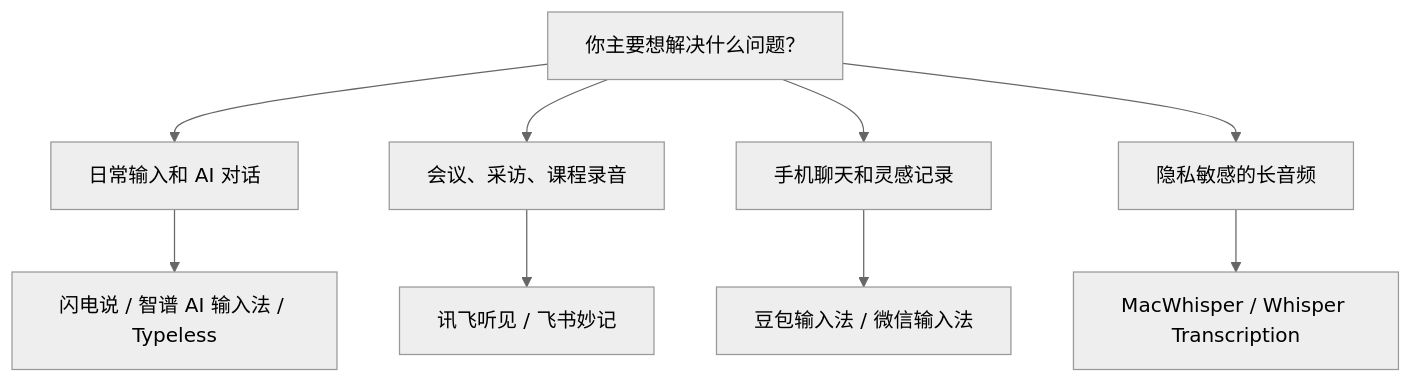
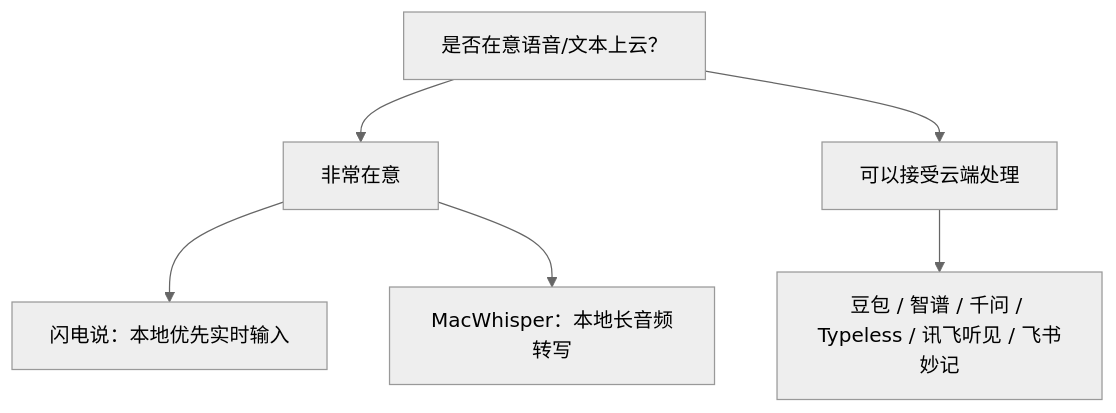
One commit to xieli149/AI--obsidian changed the third of 3 diagrams in 02-稿件库/01-创作中稿件/语音输入软件横评-20260613/02-配图与素材清单.md. Above: the diagram before and after it, drawn with Mermaid (neutral theme). The commit also changed other lines of this file and 2 other files, not shown here.

````diff
--- a/02-稿件库/01-创作中稿件/语音输入软件横评-20260613/02-配图与素材清单.md
+++ b/02-稿件库/01-创作中稿件/语音输入软件横评-20260613/02-配图与素材清单.md
@@ -58,11 +69,8 @@
 ```mermaid
 flowchart TD
-  A["你主要想解决什么问题？"] --> B["日常输入和 AI 对话"]
-  A --> C["会议、采访、课程录音"]
-  A --> D["手机聊天和灵感记录"]
-  A --> E["隐私敏感的长音频"]
-  B --> F["闪电说 / 智谱 AI 输入法 / Typeless"]
-  C --> G["讯飞听见 / 飞书妙记"]
-  D --> H["豆包输入法 / 微信输入法"]
-  E --> I["MacWhisper / Whisper Transcription"]
+  A["是否在意语音/文本上云？"] --> B["非常在意"]
+  A --> C["可以接受云端处理"]
+  B --> D["闪电说：本地优先实时输入"]
+  B --> E["MacWhisper：本地长音频转写"]
+  C --> F["豆包 / 智谱 / 千问 / Typeless / 讯飞听见 / 飞书妙记"]
 ```
````
